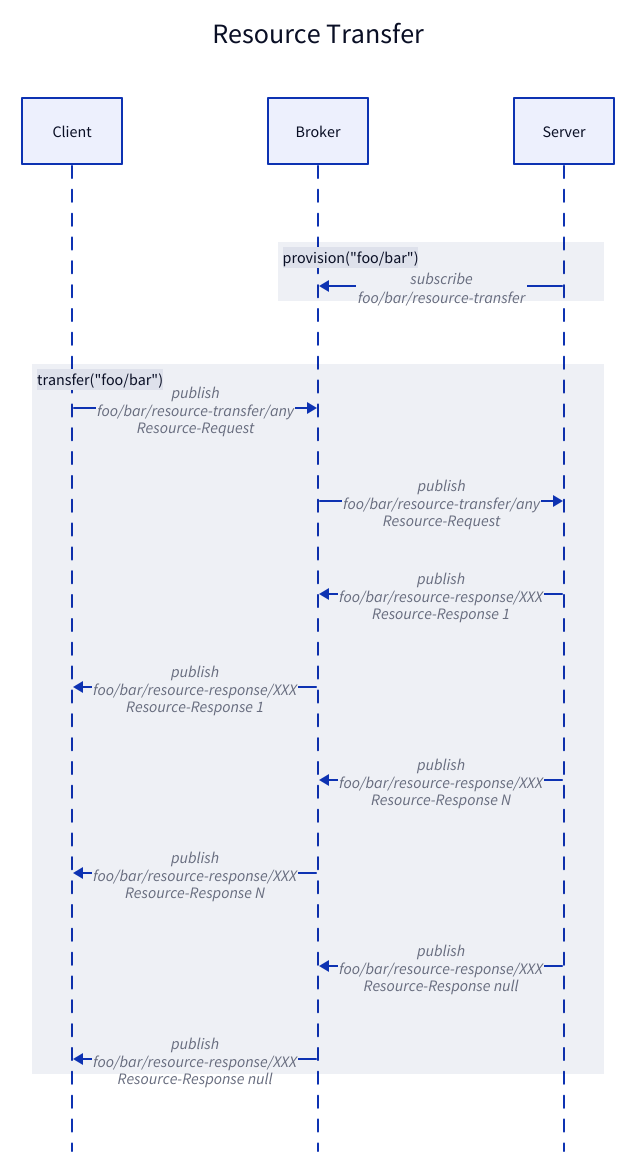
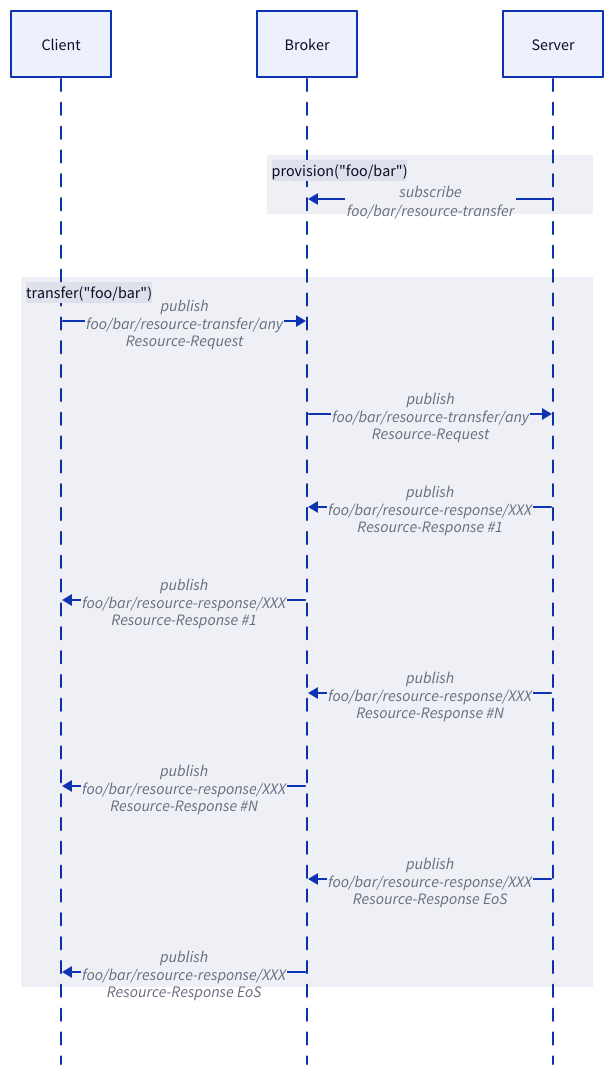
Before and after one commit to rse/mqtt-plus: the diagram in doc/mqtt-plus-4-resource-transfer.d2, drawn with D2. The commit also changed 7 other files, not shown here.

```diff
--- a/doc/mqtt-plus-4-resource-transfer.d2
+++ b/doc/mqtt-plus-4-resource-transfer.d2
@@ -1,24 +1,23 @@
 
-"Resource Transfer": {
-    shape: sequence_diagram
+shape: sequence_diagram
 
-    client: "Client"
-    broker: "Broker"
-    server: "Server"
+client: "Client"
+broker: "Broker"
+server: "Server"
 
-    broker.class: brown
+broker.class: brown
 
-    provision("foo/bar") {
-        server -> broker: "subscribe\nfoo/bar/resource-transfer"
-    }
-    transfer("foo/bar") {
-        client -> broker: "publish\nfoo/bar/resource-transfer/any\nResource-Request"
-        broker -> server: "publish\nfoo/bar/resource-transfer/any\nResource-Request"
-        broker <- server: "publish\nfoo/bar/resource-response/XXX\nResource-Response 1"
-        client <- broker: "publish\nfoo/bar/resource-response/XXX\nResource-Response 1"
-        broker <- server: "publish\nfoo/bar/resource-response/XXX\nResource-Response N"
-        client <- broker: "publish\nfoo/bar/resource-response/XXX\nResource-Response N"
-        broker <- server: "publish\nfoo/bar/resource-response/XXX\nResource-Response null"
-        client <- broker: "publish\nfoo/bar/resource-response/XXX\nResource-Response null"
-    }
+provision("foo/bar") {
+    server -> broker: "subscribe\nfoo/bar/resource-transfer"
 }
+
+transfer("foo/bar") {
+    client -> broker: "publish\nfoo/bar/resource-transfer/any\nResource-Request"
+    broker -> server: "publish\nfoo/bar/resource-transfer/any\nResource-Request"
+    broker <- server: "publish\nfoo/bar/resource-response/XXX\nResource-Response #1"
+    client <- broker: "publish\nfoo/bar/resource-response/XXX\nResource-Response #1"
+    broker <- server: "publish\nfoo/bar/resource-response/XXX\nResource-Response #N"
+    client <- broker: "publish\nfoo/bar/resource-response/XXX\nResource-Response #N"
+    broker <- server: "publish\nfoo/bar/resource-response/XXX\nResource-Response EoS"
+    client <- broker: "publish\nfoo/bar/resource-response/XXX\nResource-Response EoS"
+}
```
